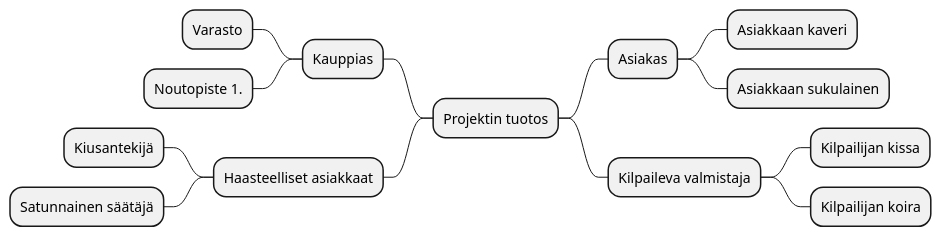
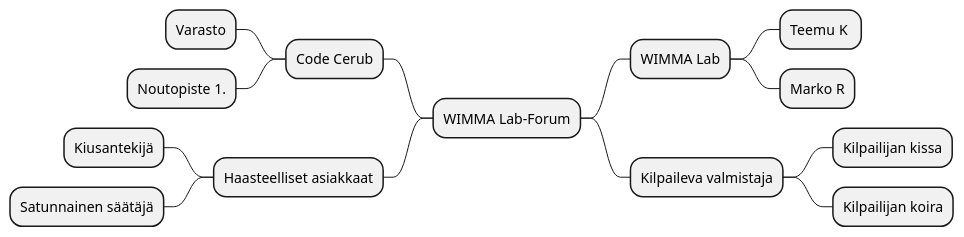
One commit to ninaleo/S2021-AB5160-core changed the first of 6 diagrams in dokumentit/20-Vaatimustenhallinta/vaatimusmaaritely-tiivis.md. Above: the diagram before and after it, drawn with PlantUML.

````diff
--- a/dokumentit/20-Vaatimustenhallinta/vaatimusmaaritely-tiivis.md
+++ b/dokumentit/20-Vaatimustenhallinta/vaatimusmaaritely-tiivis.md
@@ -45,17 +45,17 @@
 ```plantuml
 @startmindmap
-+ Projektin tuotos
-++ Asiakas
-+++ Asiakkaan kaveri
-+++ Asiakkaan sukulainen
++ WIMMA Lab-Forum
+++ WIMMA Lab
++++ Teemu K 
++++ Marko R
 ++ Kilpaileva valmistaja
 +++ Kilpailijan kissa
 +++ Kilpailijan koira
--- Kauppias
+-- Code Cerub
 --- Varasto
 --- Noutopiste 1.
 -- Haasteelliset asiakkaat
 --- Kiusantekijä
 --- Satunnainen säätäjä
 @endmindmap
 ```
````
